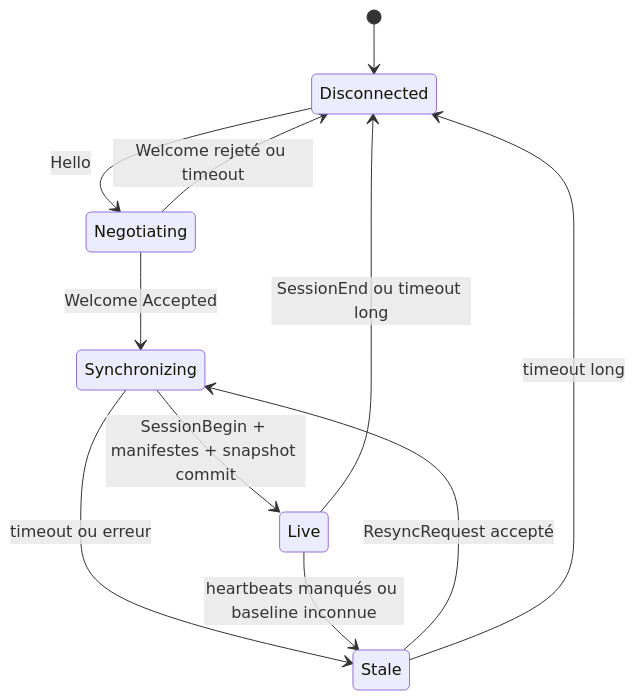
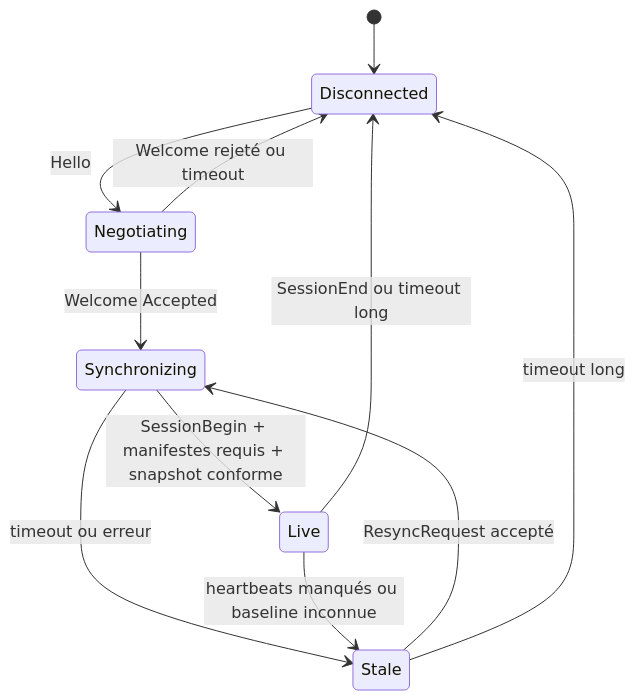
One commit to dabatnot/fso_telemetry changed the diagram in documentation/analysis/specs/0-Contrat-de-protocole/03-session-horloges-fiabilite.md. Above: the diagram before and after it, drawn with Mermaid. The commit also changed other lines of this file and 19 other files, not shown here.

```diff
--- a/documentation/analysis/specs/0-Contrat-de-protocole/03-session-horloges-fiabilite.md
+++ b/documentation/analysis/specs/0-Contrat-de-protocole/03-session-horloges-fiabilite.md
@@ -118,13 +118,13 @@
 ~~~mermaid
 stateDiagram-v2
     [*] --> Disconnected
     Disconnected --> Negotiating: Hello
     Negotiating --> Synchronizing: Welcome Accepted
     Negotiating --> Disconnected: Welcome rejeté ou timeout
-    Synchronizing --> Live: SessionBegin + manifestes + snapshot commit
+    Synchronizing --> Live: SessionBegin + manifestes requis + snapshot conforme
     Synchronizing --> Stale: timeout ou erreur
     Live --> Stale: heartbeats manqués ou baseline inconnue
     Stale --> Synchronizing: ResyncRequest accepté
     Live --> Disconnected: SessionEnd ou timeout long
     Stale --> Disconnected: timeout long
 ~~~
```
